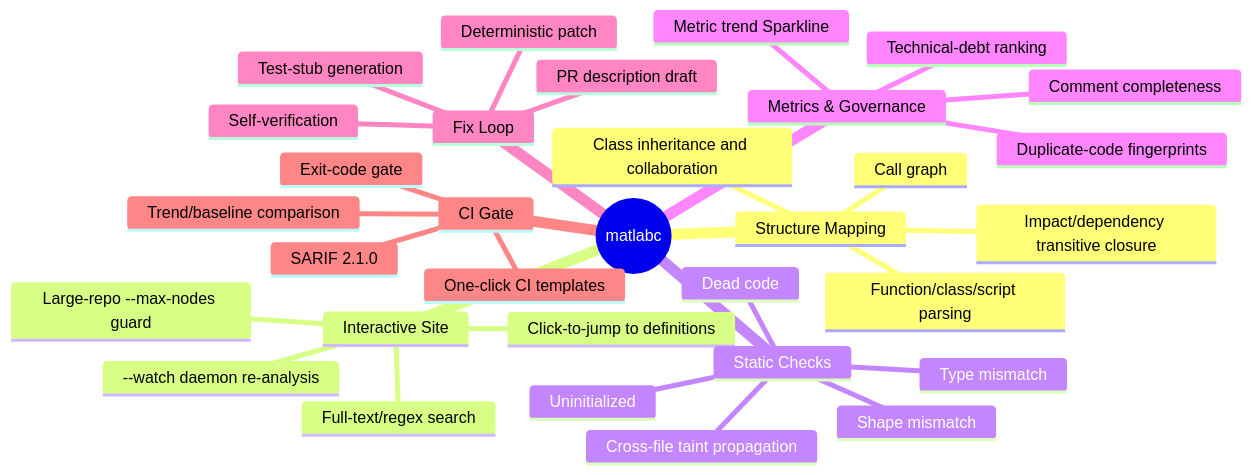
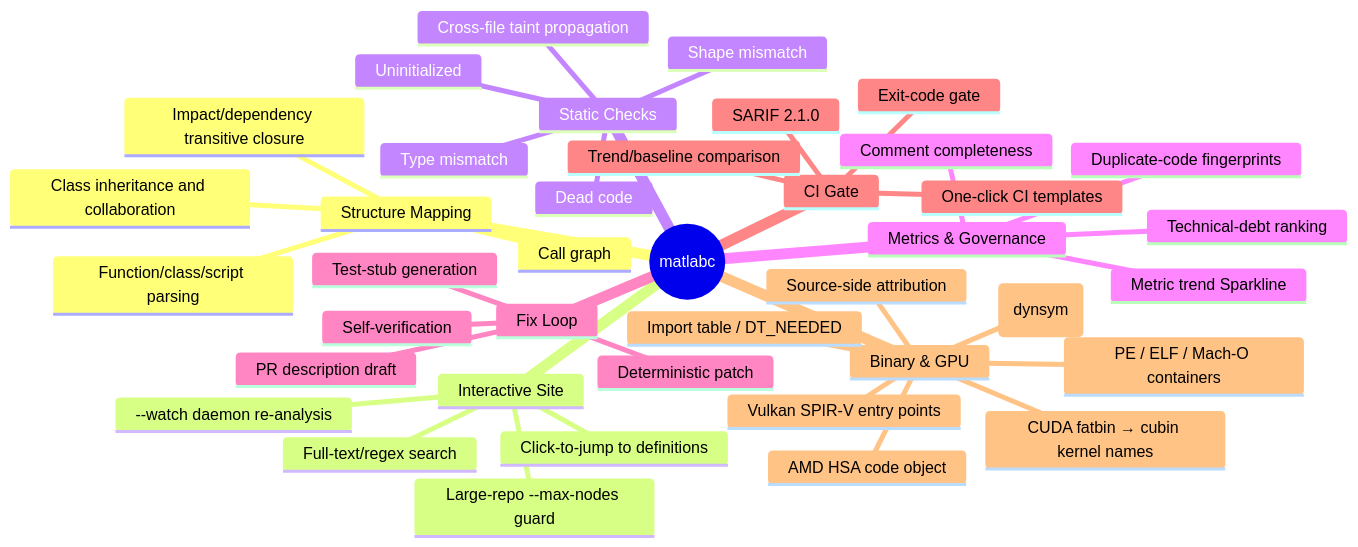
The first of 5 diagrams in README.md (pony-029/malabc), drawn with Mermaid before and after one commit. The commit also changed other lines of this file and 34 other files, not shown here.

````diff
--- a/README.md
+++ b/README.md
@@ -51,35 +55,43 @@
 ```mermaid
 mindmap
   root((matlabc))
     Structure Mapping
       Function/class/script parsing
       Call graph
       Class inheritance and collaboration
       Impact/dependency transitive closure
     Interactive Site
       Click-to-jump to definitions
       Full-text/regex search
       --watch daemon re-analysis
       Large-repo --max-nodes guard
     Static Checks
       Uninitialized
       Type mismatch
       Dead code
       Shape mismatch
       Cross-file taint propagation
     Metrics & Governance
       Technical-debt ranking
       Comment completeness
       Duplicate-code fingerprints
       Metric trend Sparkline
     Fix Loop
       Deterministic patch
       Self-verification
       Test-stub generation
       PR description draft
     CI Gate
       SARIF 2.1.0
       Exit-code gate
       Trend/baseline comparison
       One-click CI templates
+    Binary & GPU
+      PE / ELF / Mach-O containers
+      Import table / DT_NEEDED
+      Export symbols (dynsym)
+      CUDA fatbin → cubin kernel names
+      AMD HSA code object
+      Vulkan SPIR-V entry points
+      Source-side attribution
 ```
````
